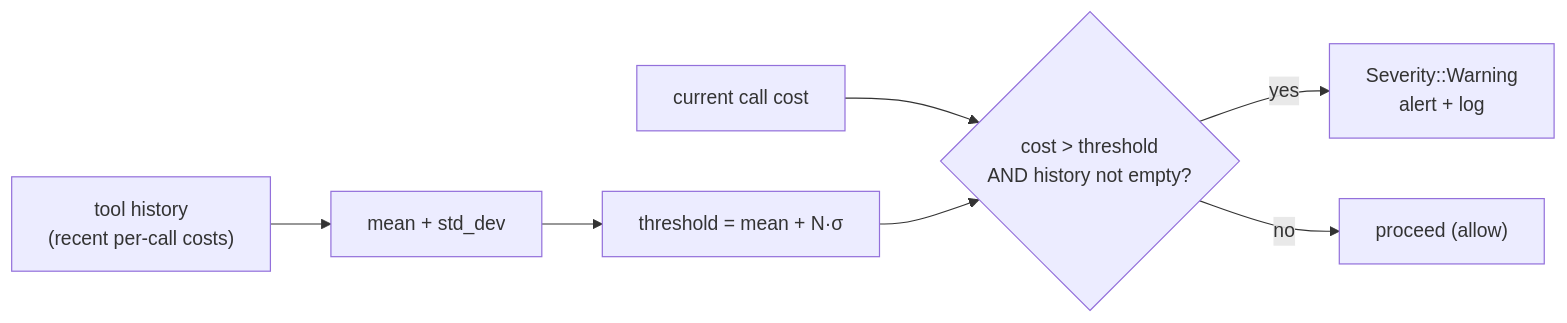
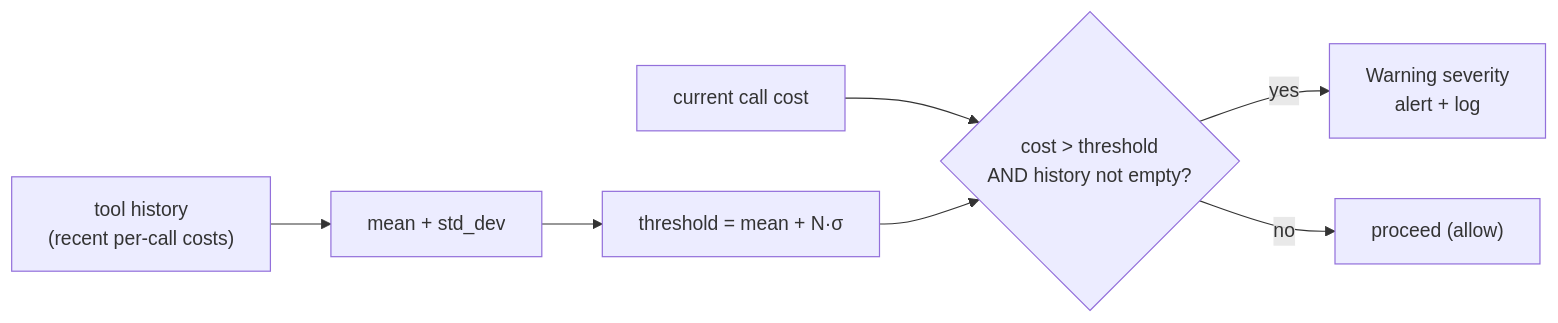
Before and after one commit to nullrunio/nullrun-docs: the first of 3 diagrams in docs/concepts/anomaly-detection.md, drawn with Mermaid. The commit also changed other lines of this file and 19 other files, not shown here.

````diff
--- a/docs/concepts/anomaly-detection.md
+++ b/docs/concepts/anomaly-detection.md
@@ -32,16 +32,16 @@
 ```mermaid
 flowchart LR
     H["tool history<br/>(recent per-call costs)"]
     S["mean + std_dev"]
     T["threshold = mean + N·σ"]
     C["current call cost"]
     A{cost > threshold<br/>AND history not empty?}
 
     H --> S
     S --> T
     C --> A
     T --> A
 
-    A -->|yes| D["Severity::Warning<br/>alert + log"]
+    A -->|yes| D["Warning severity<br/>alert + log"]
     A -->|no| OK["proceed (allow)"]
 ```
````
